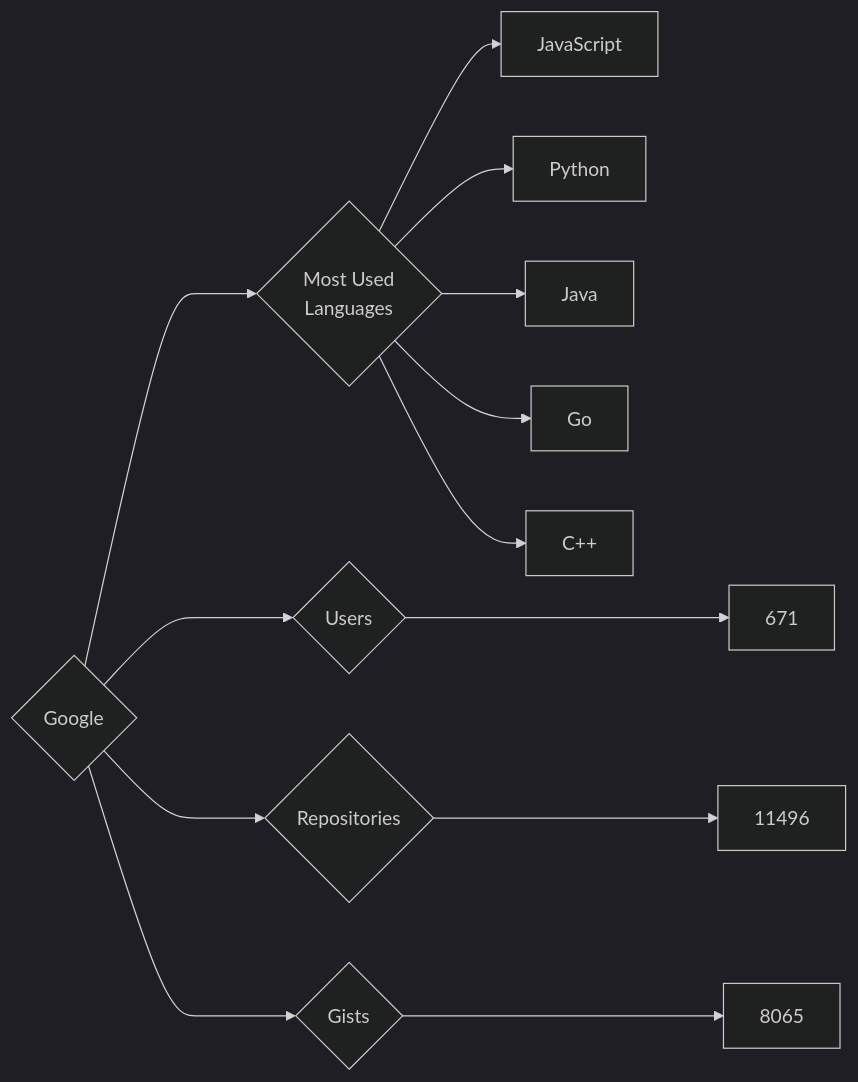
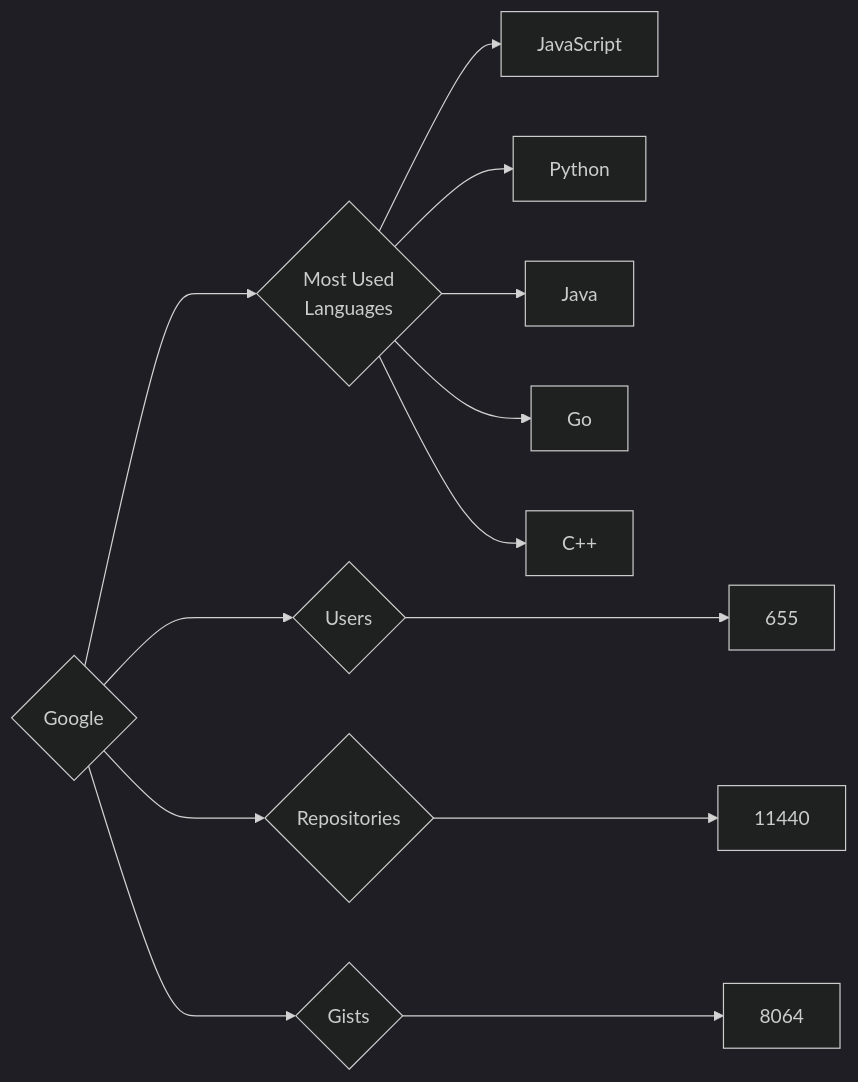
One commit to trickest/insiders changed the diagram in targets/Google/README.md. Above: the diagram before and after it, drawn with Mermaid (dark theme). The commit also changed 757 other files, not shown here.

````diff
--- a/targets/Google/README.md
+++ b/targets/Google/README.md
@@ -3,13 +3,13 @@
 ```mermaid
 graph LR
 COMPANY_NAME{Google}
-COMPANY_NAME ---> U{Users} ---> UN[671]
-COMPANY_NAME ---> R{Repositories} ---> RN[11496]
-COMPANY_NAME ---> G{Gists} ---> GN[8065]
+COMPANY_NAME ---> U{Users} ---> UN[655]
+COMPANY_NAME ---> R{Repositories} ---> RN[11440]
+COMPANY_NAME ---> G{Gists} ---> GN[8064]
 COMPANY_NAME ---> ML{Most Used<br>Languages}
 ML --> JavaScript[JavaScript]
 ML --> Python[Python]
 ML --> Java[Java]
 ML --> Go[Go]
 ML --> C++[C++]
 ```
````
